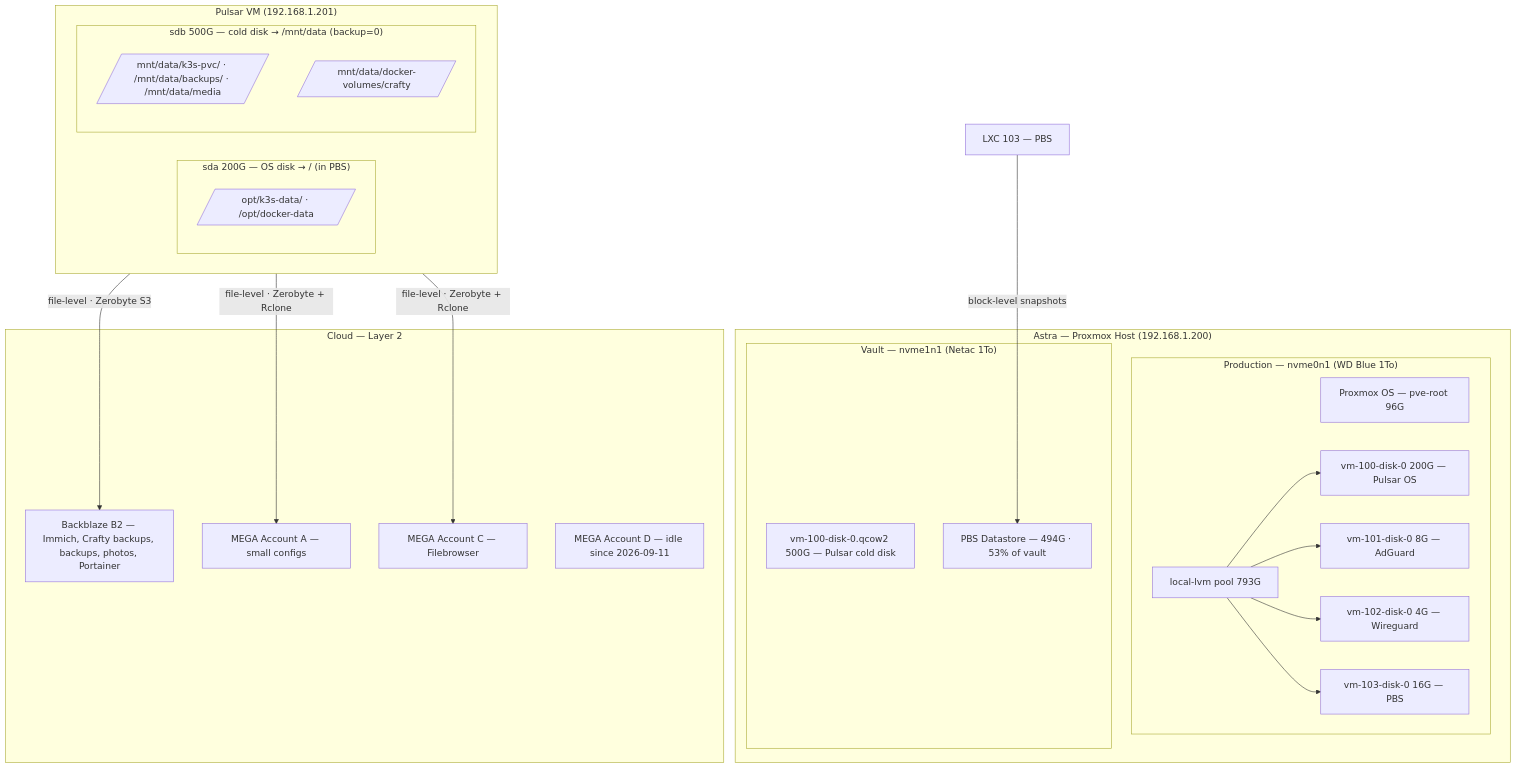
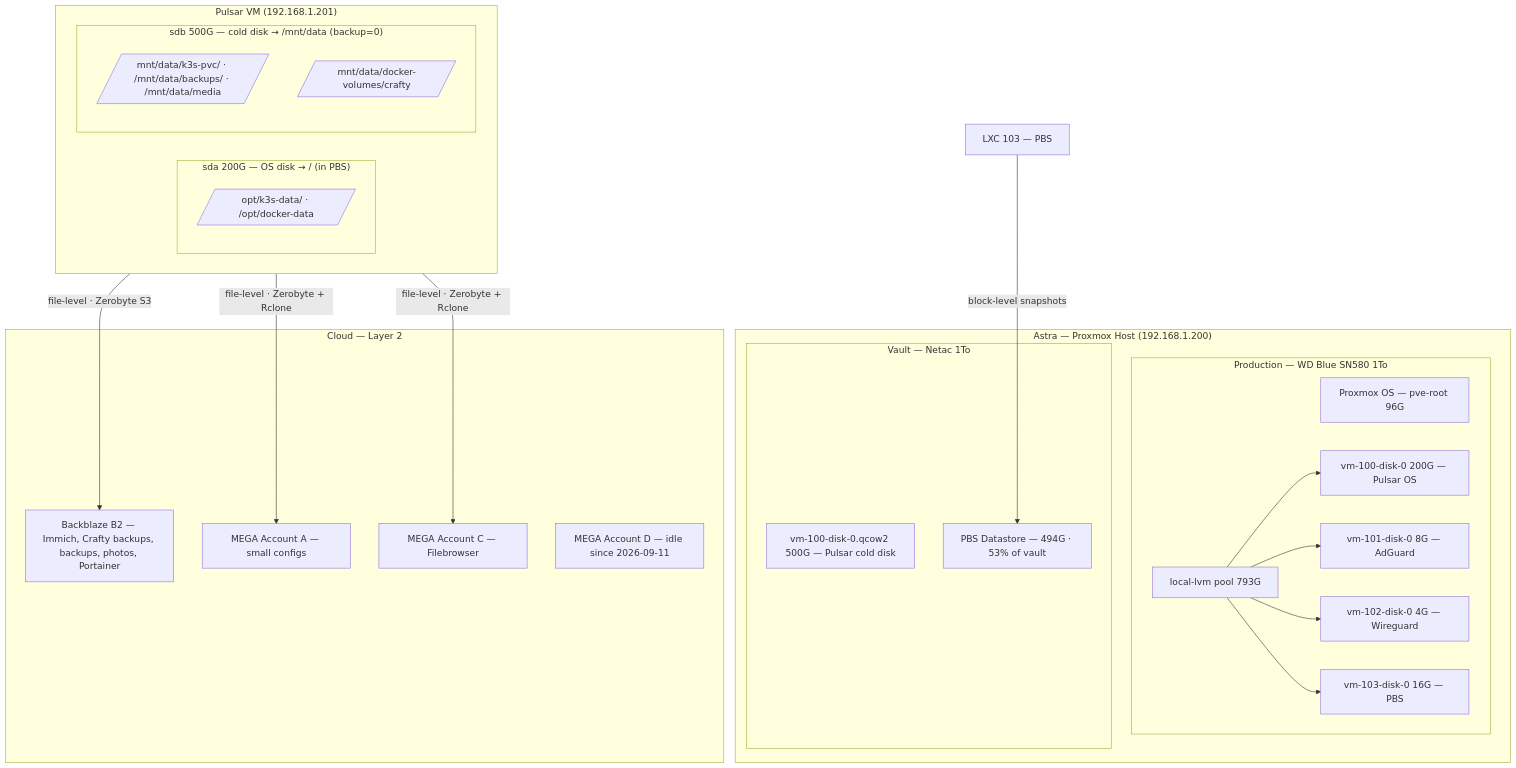
One commit to Enoal-Fauchille-Bolle/Astra-ops changed the diagram in docs/BACKUP.md. Above: the diagram before and after it, drawn with Mermaid. The commit also changed other lines of this file, not shown here.

Commit message:
📝 [Docs] Name the Astra NVMe drives by model, not kernel name

````diff
--- a/docs/BACKUP.md
+++ b/docs/BACKUP.md
@@ -62,40 +62,40 @@
 ```mermaid
 graph TB
     subgraph ASTRA["Astra — Proxmox Host (192.168.1.200)"]
-        subgraph PROD["Production — nvme0n1 (WD Blue 1To)"]
+        subgraph PROD["Production — WD Blue SN580 1To"]
             PVE_OS[Proxmox OS — pve-root 96G]
             LVM[local-lvm pool 793G]
             LVM --> DISK0[vm-100-disk-0 200G — Pulsar OS]
             LVM --> DISK1[vm-101-disk-0 8G — AdGuard]
             LVM --> DISK2[vm-102-disk-0 4G — Wireguard]
             LVM --> DISK3[vm-103-disk-0 16G — PBS]
         end
 
-        subgraph VAULT["Vault — nvme1n1 (Netac 1To)"]
+        subgraph VAULT["Vault — Netac 1To"]
             VAULT_IMAGES[vm-100-disk-0.qcow2 500G — Pulsar cold disk]
             PBS_DS[PBS Datastore — 494G · 53% of vault]
         end
     end
 
     subgraph PULSAR["Pulsar VM (192.168.1.201)"]
         subgraph SDA["sda 200G — OS disk → / (in PBS)"]
             OPT[/opt/k3s-data/ · /opt/docker-data/]
         end
         subgraph SDB["sdb 500G — cold disk → /mnt/data (backup=0)"]
             MNT[/mnt/data/k3s-pvc/ · /mnt/data/backups/ · /mnt/data/media/]
             CRAFTY_VOL[/mnt/data/docker-volumes/crafty/]
         end
     end
 
     subgraph CLOUD["Cloud — Layer 2"]
         B2[Backblaze B2 — Immich, Crafty backups, backups, photos, Portainer]
         MEGA_A[MEGA Account A — small configs]
         MEGA_C[MEGA Account C — Filebrowser]
         MEGA_D[MEGA Account D — idle since 2026-09-11]
     end
 
     PBS_LXC[LXC 103 — PBS] -->|block-level snapshots| PBS_DS
     PULSAR -->|file-level · Zerobyte S3| B2
     PULSAR -->|file-level · Zerobyte + Rclone| MEGA_A
     PULSAR -->|file-level · Zerobyte + Rclone| MEGA_C
 ```
````
